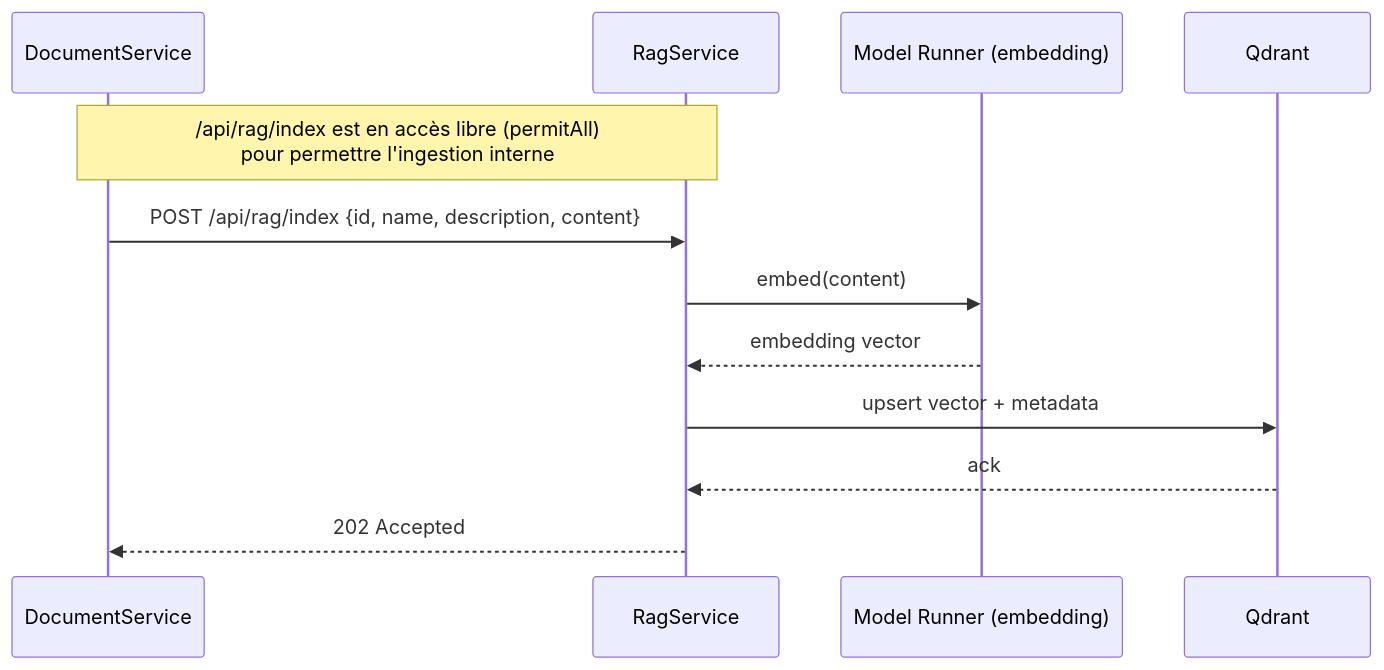
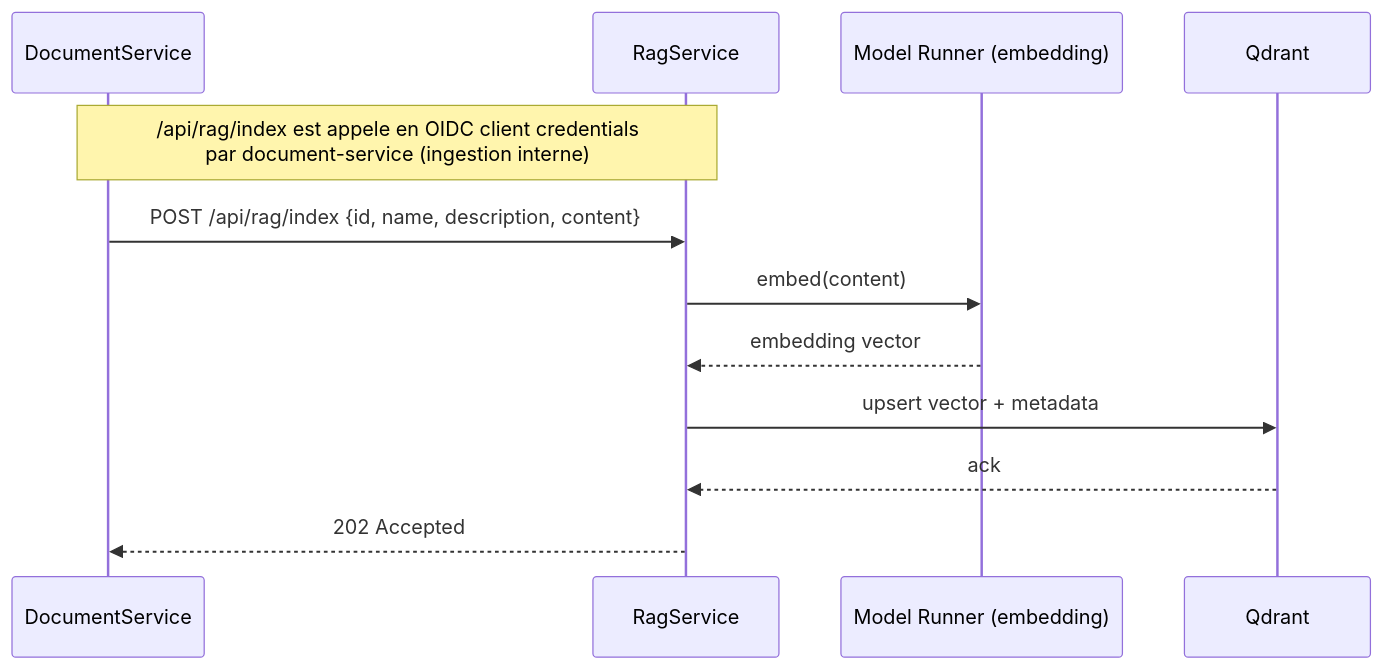
One commit to dbeaumont/knowledge-app changed the second of 4 diagrams in docs/rag-call-flow.md. Above: the diagram before and after it, drawn with Mermaid. The commit also changed other lines of this file and 1 other file, not shown here.

````diff
--- a/docs/rag-call-flow.md
+++ b/docs/rag-call-flow.md
@@ -29,15 +36,15 @@
 ```mermaid
 sequenceDiagram
     participant DocumentService
     participant RagService
-    note over DocumentService,RagService: /api/rag/index est en accès libre (permitAll)<br/>pour permettre l'ingestion interne
+    note over DocumentService,RagService: /api/rag/index est appele en OIDC client credentials<br/>par document-service (ingestion interne)
     participant ModelRunner as Model Runner (embedding)
     participant Qdrant
 
     DocumentService->>RagService: POST /api/rag/index {id, name, description, content}
     RagService->>ModelRunner: embed(content)
     ModelRunner-->>RagService: embedding vector
     RagService->>Qdrant: upsert vector + metadata
     Qdrant-->>RagService: ack
     RagService-->>DocumentService: 202 Accepted
 ```
````
